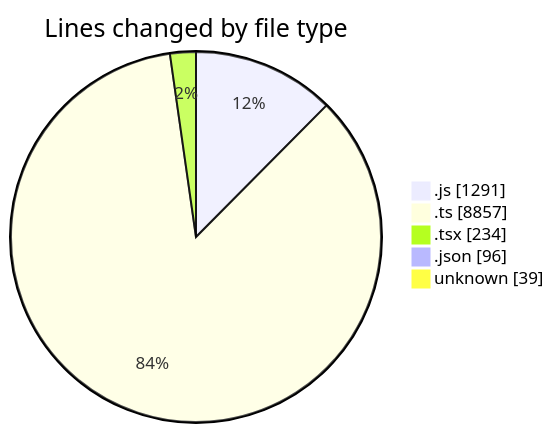
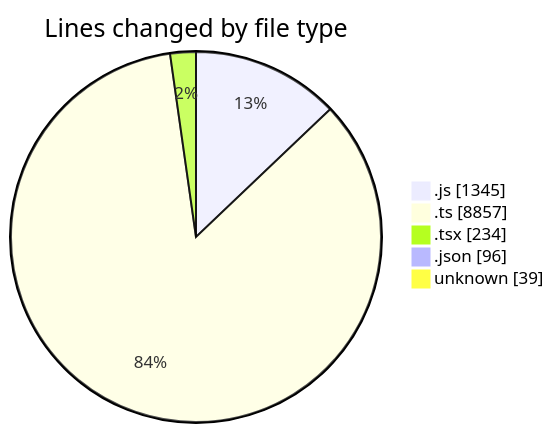
The first of 2 diagrams in 2025-05-14/cda/README.md (momahboobian/code-tracking), drawn with Mermaid before and after one commit. The commit also changed other lines of this file and 1 other file, not shown here.

````diff
--- a/2025-05-14/cda/README.md
+++ b/2025-05-14/cda/README.md
@@ -30,9 +30,9 @@
 ```mermaid
 pie showData
 title Lines changed by file type
-".js" : 1291
+".js" : 1345
 ".ts" : 8857
 ".tsx" : 234
 ".json" : 96
 "unknown" : 39
 ```
````
